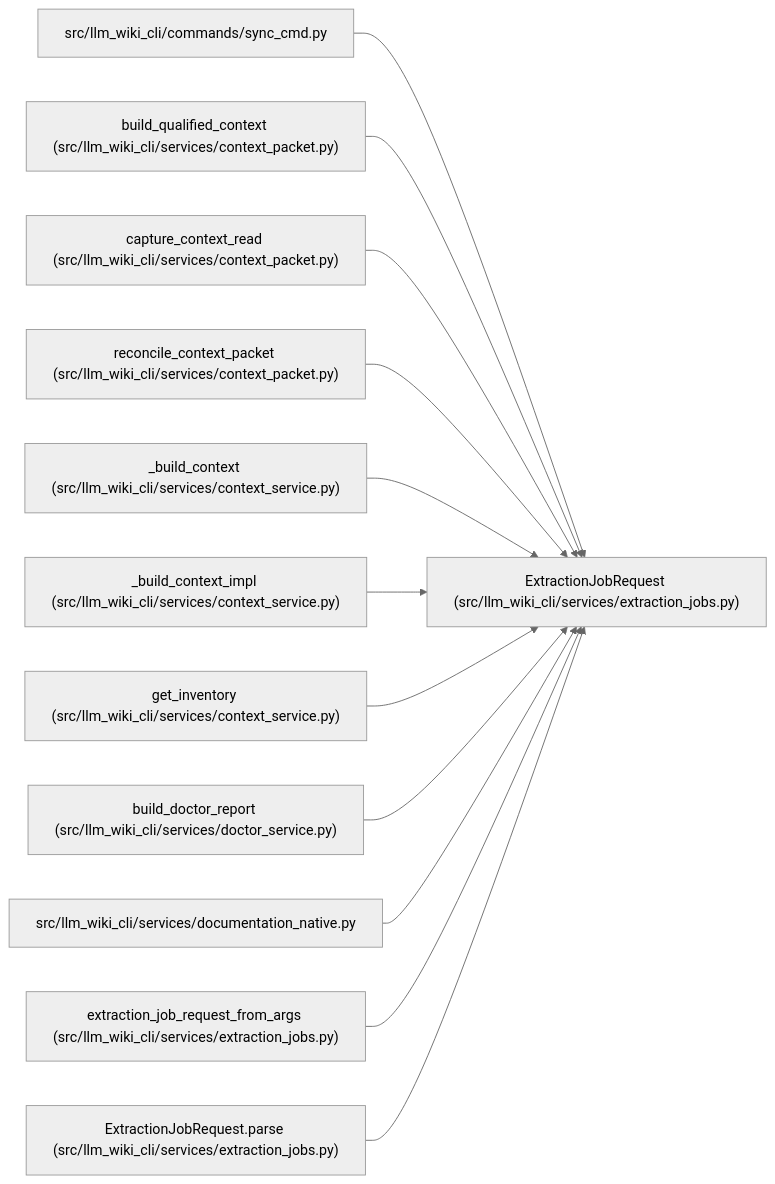
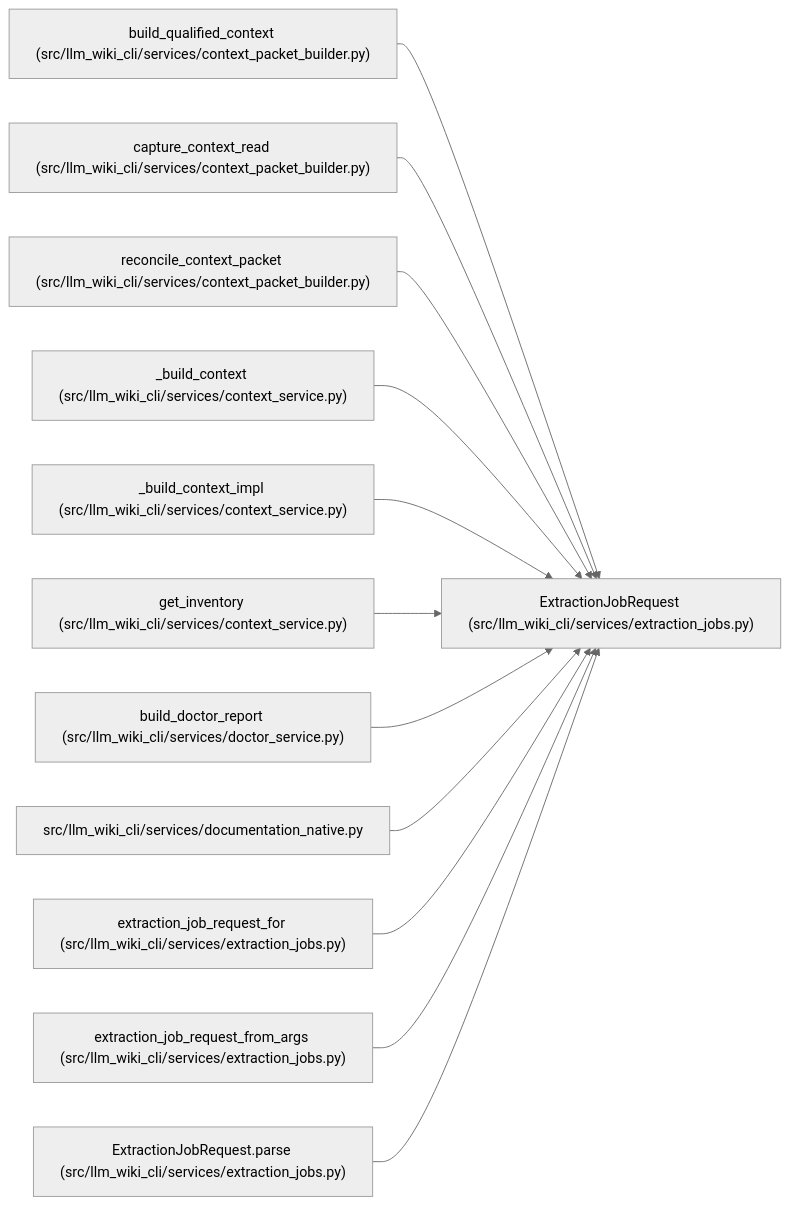
The diagram in docs/llm_wiki/entities/ExtractionJobRequest.md (Denissvgn/python-wiki-llm), drawn with Mermaid (neutral theme) before and after one commit. The commit also changed other lines of this file and 1555 other files, not shown here.

````diff
--- a/docs/llm_wiki/entities/ExtractionJobRequest.md
+++ b/docs/llm_wiki/entities/ExtractionJobRequest.md
@@ -31,38 +31,38 @@
 ```mermaid
 flowchart LR
     n0["ExtractionJobRequest (src/llm_wiki_cli/services/extraction_jobs.py)"]
-    n1["src/llm_wiki_cli/commands/sync_cmd.py"]
-    n2["build_qualified_context (src/llm_wiki_cli/services/context_packet.py)"]
-    n3["capture_context_read (src/llm_wiki_cli/services/context_packet.py)"]
-    n4["reconcile_context_packet (src/llm_wiki_cli/services/context_packet.py)"]
-    n5["_build_context (src/llm_wiki_cli/services/context_service.py)"]
-    n6["_build_context_impl (src/llm_wiki_cli/services/context_service.py)"]
-    n7["get_inventory (src/llm_wiki_cli/services/context_service.py)"]
-    n8["build_doctor_report (src/llm_wiki_cli/services/doctor_service.py)"]
-    n9["src/llm_wiki_cli/services/documentation_native.py"]
+    n1["build_qualified_context (src/llm_wiki_cli/services/context_packet_builder.py)"]
+    n2["capture_context_read (src/llm_wiki_cli/services/context_packet_builder.py)"]
+    n3["reconcile_context_packet (src/llm_wiki_cli/services/context_packet_builder.py)"]
+    n4["_build_context (src/llm_wiki_cli/services/context_service.py)"]
+    n5["_build_context_impl (src/llm_wiki_cli/services/context_service.py)"]
+    n6["get_inventory (src/llm_wiki_cli/services/context_service.py)"]
+    n7["build_doctor_report (src/llm_wiki_cli/services/doctor_service.py)"]
+    n8["src/llm_wiki_cli/services/documentation_native.py"]
+    n9["extraction_job_request_for (src/llm_wiki_cli/services/extraction_jobs.py)"]
     n10["extraction_job_request_from_args (src/llm_wiki_cli/services/extraction_jobs.py)"]
     n11["ExtractionJobRequest.parse (src/llm_wiki_cli/services/extraction_jobs.py)"]
     n1 --> n0
     n2 --> n0
     n3 --> n0
     n4 --> n0
     n5 --> n0
     n6 --> n0
     n7 --> n0
     n8 --> n0
     n9 --> n0
     n10 --> n0
     n11 --> n0
     click n0 "../modules/extraction_jobs.md"
-    click n1 "../modules/sync_cmd.md"
-    click n2 "../modules/context_packet.md"
-    click n3 "../modules/context_packet.md"
-    click n4 "../modules/context_packet.md"
+    click n1 "../modules/context_packet_builder.md"
+    click n2 "../modules/context_packet_builder.md"
+    click n3 "../modules/context_packet_builder.md"
+    click n4 "../modules/context_service.md"
     click n5 "../modules/context_service.md"
     click n6 "../modules/context_service.md"
-    click n7 "../modules/context_service.md"
-    click n8 "../modules/doctor_service.md"
-    click n9 "../modules/documentation_native.md"
+    click n7 "../modules/doctor_service.md"
+    click n8 "../modules/documentation_native.md"
+    click n9 "../modules/extraction_jobs.md"
     click n10 "../modules/extraction_jobs.md"
     click n11 "../modules/extraction_jobs.md"
 ```
````
